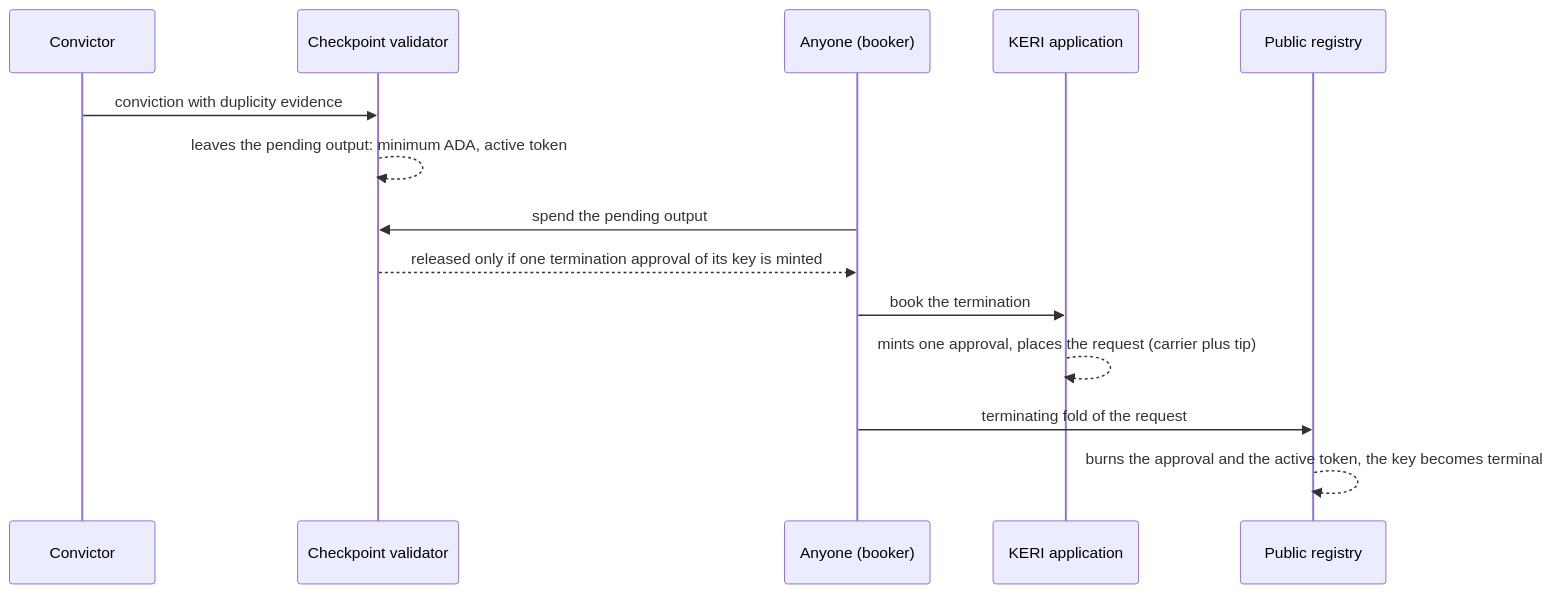
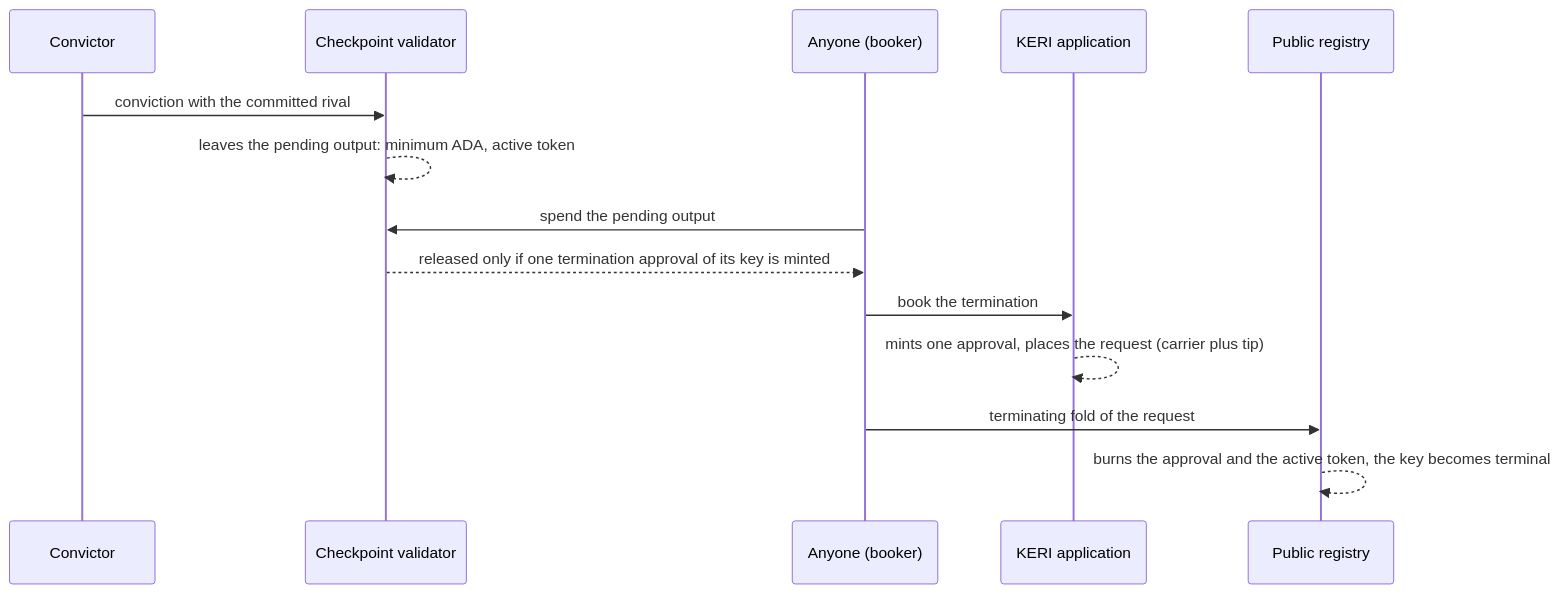
The third of 4 diagrams in docs/design/registry-as-mpfs.md (lambdasistemi/cardano-keri), drawn with Mermaid before and after one commit. The commit also changed other lines of this file and 12 other files, not shown here.

````diff
--- a/docs/design/registry-as-mpfs.md
+++ b/docs/design/registry-as-mpfs.md
@@ -293,16 +295,16 @@
 ```mermaid
 sequenceDiagram
   participant Convictor
   participant Checkpoint as Checkpoint validator
   participant Booker as Anyone (booker)
   participant Application as KERI application
   participant Registry as Public registry
-  Convictor->>Checkpoint: conviction with duplicity evidence
+  Convictor->>Checkpoint: conviction with the committed rival
   Checkpoint-->>Checkpoint: leaves the pending output: minimum ADA, active token
   Booker->>Checkpoint: spend the pending output
   Checkpoint-->>Booker: released only if one termination approval of its key is minted
   Booker->>Application: book the termination
   Application-->>Application: mints one approval, places the request (carrier plus tip)
   Booker->>Registry: terminating fold of the request
   Registry-->>Registry: burns the approval and the active token, the key becomes terminal
 ```
````
